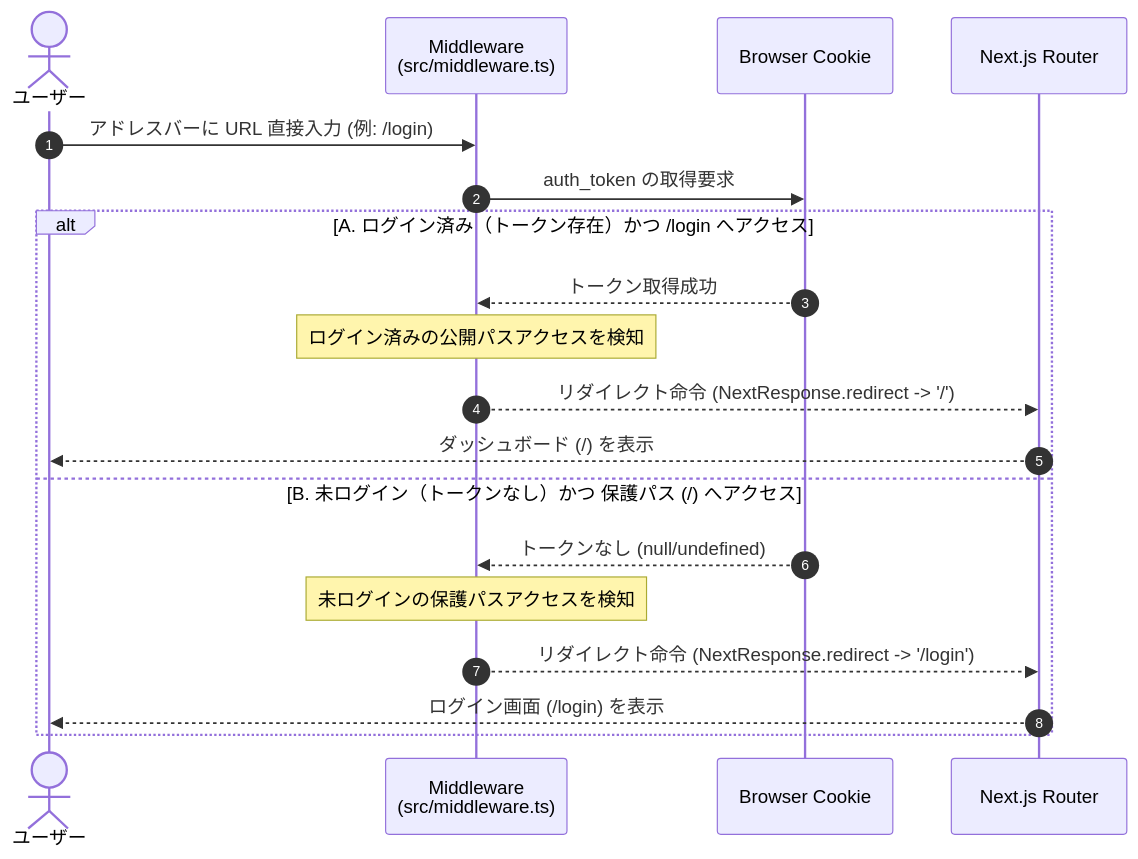
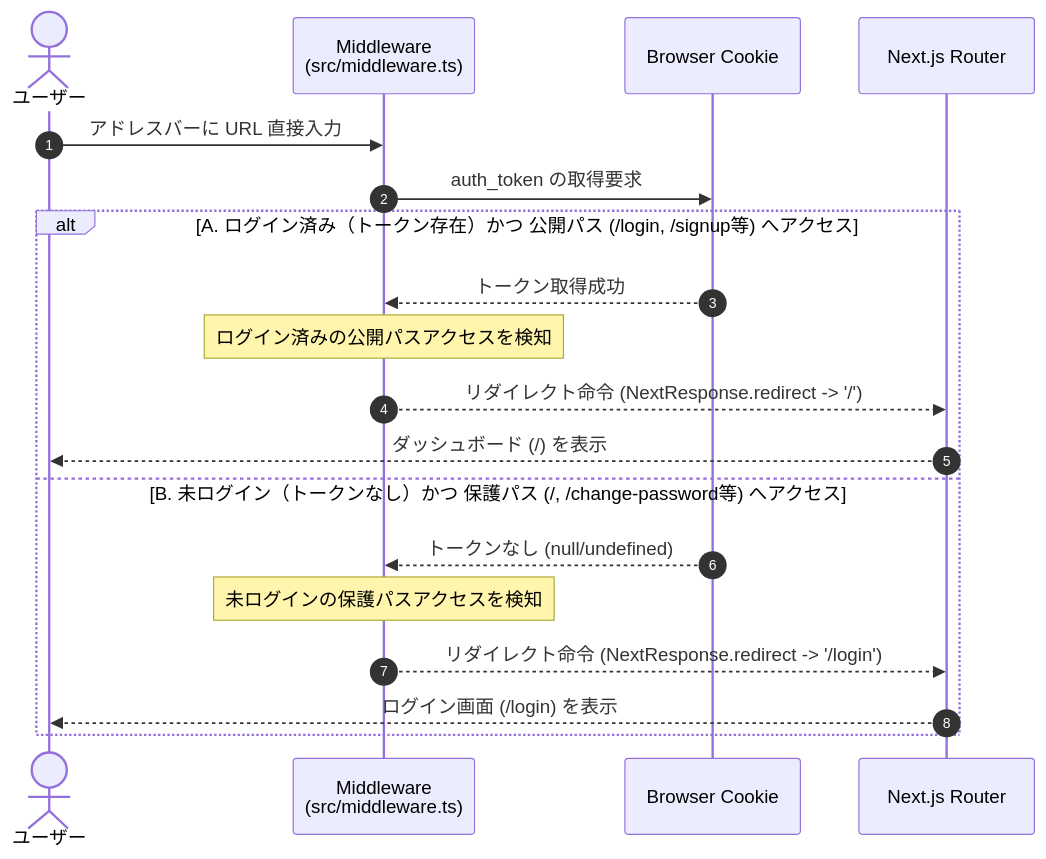
One commit to persianjug/agency-sales-support changed the third of 4 diagrams in docs/auth-front-spec.md. Above: the diagram before and after it, drawn with Mermaid. The commit also changed other lines of this file and 2 other files, not shown here.

````diff
--- a/docs/auth-front-spec.md
+++ b/docs/auth-front-spec.md
@@ -170,24 +199,23 @@
 ```mermaid
 sequenceDiagram
     autonumber
     actor User as ユーザー
     participant MW as Middleware<br/>(src/middleware.ts)
     participant Cookie as Browser Cookie
     participant App as Next.js Router
 
-    User->>MW: アドレスバーに URL 直接入力 (例: /login)
+    User->>MW: アドレスバーに URL 直接入力
     MW->>Cookie: auth_token の取得要求
     
-    alt A. ログイン済み（トークン存在）かつ /login へアクセス
+    alt A. ログイン済み（トークン存在）かつ 公開パス (/login, /signup等) へアクセス
         Cookie-->>MW: トークン取得成功
         Note over MW: ログイン済みの公開パスアクセスを検知
         MW-->>App: リダイレクト命令 (NextResponse.redirect -> '/')
         App-->>User: ダッシュボード (/) を表示
-    else B. 未ログイン（トークンなし）かつ 保護パス (/) へアクセス
+    else B. 未ログイン（トークンなし）かつ 保護パス (/, /change-password等) へアクセス
         Cookie-->>MW: トークンなし (null/undefined)
         Note over MW: 未ログインの保護パスアクセスを検知
         MW-->>App: リダイレクト命令 (NextResponse.redirect -> '/login')
         App-->>User: ログイン画面 (/login) を表示
     end
-
 ```
````
